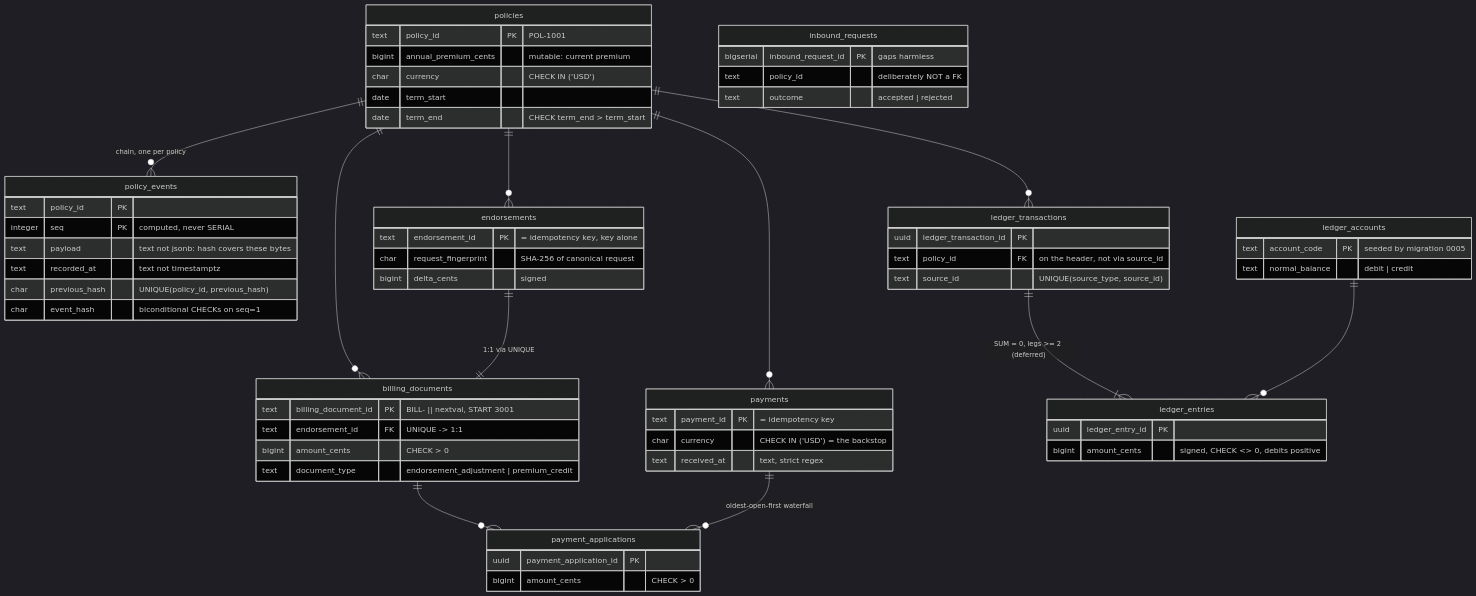
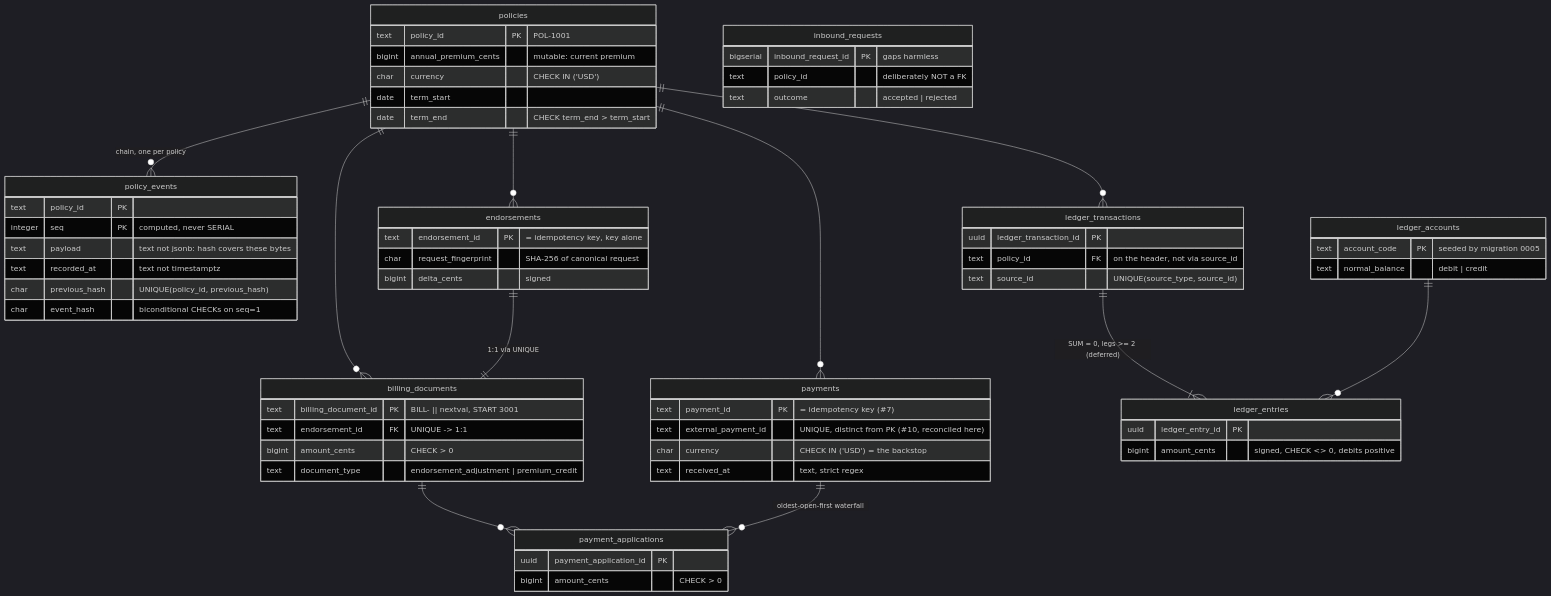
One commit to angelguzmaning/policy-ledger-service changed the second of 2 diagrams in docs/spec/schema-and-transactions.md. Above: the diagram before and after it, drawn with Mermaid (dark theme). The commit also changed other lines of this file and 9 other files, not shown here.

````diff
--- a/docs/spec/schema-and-transactions.md
+++ b/docs/spec/schema-and-transactions.md
@@ -441,67 +451,68 @@
 ```mermaid
 erDiagram
     policies ||--o{ policy_events : "chain, one per policy"
     policies ||--o{ endorsements : ""
     policies ||--o{ payments : ""
     policies ||--o{ billing_documents : ""
     policies ||--o{ ledger_transactions : ""
     endorsements ||--|| billing_documents : "1:1 via UNIQUE"
     billing_documents ||--o{ payment_applications : ""
     payments ||--o{ payment_applications : "oldest-open-first waterfall"
     ledger_transactions ||--|{ ledger_entries : "SUM = 0, legs >= 2 (deferred)"
     ledger_accounts ||--o{ ledger_entries : ""
 
     policies {
         text policy_id PK "POL-1001"
         bigint annual_premium_cents "mutable: current premium"
         char currency "CHECK IN ('USD')"
         date term_start
         date term_end "CHECK term_end > term_start"
     }
     policy_events {
         text policy_id PK
         integer seq PK "computed, never SERIAL"
         text payload "text not jsonb: hash covers these bytes"
         text recorded_at "text not timestamptz"
         char previous_hash "UNIQUE(policy_id, previous_hash)"
         char event_hash "biconditional CHECKs on seq=1"
     }
     endorsements {
         text endorsement_id PK "= idempotency key, key alone"
         char request_fingerprint "SHA-256 of canonical request"
         bigint delta_cents "signed"
     }
     billing_documents {
         text billing_document_id PK "BILL- || nextval, START 3001"
         text endorsement_id FK "UNIQUE -> 1:1"
         bigint amount_cents "CHECK > 0"
         text document_type "endorsement_adjustment | premium_credit"
     }
     payments {
-        text payment_id PK "= idempotency key"
+        text payment_id PK "= idempotency key (#7)"
+        text external_payment_id "UNIQUE, distinct from PK (#10, reconciled here)"
         char currency "CHECK IN ('USD') = the backstop"
         text received_at "text, strict regex"
     }
     payment_applications {
         uuid payment_application_id PK
         bigint amount_cents "CHECK > 0"
     }
     ledger_transactions {
         uuid ledger_transaction_id PK
         text policy_id FK "on the header, not via source_id"
         text source_id "UNIQUE(source_type, source_id)"
     }
     ledger_entries {
         uuid ledger_entry_id PK
         bigint amount_cents "signed, CHECK <> 0, debits positive"
     }
     ledger_accounts {
         text account_code PK "seeded by migration 0005"
         text normal_balance "debit | credit"
     }
     inbound_requests {
         bigserial inbound_request_id PK "gaps harmless"
         text policy_id "deliberately NOT a FK"
         text outcome "accepted | rejected"
     }
 ```
````
